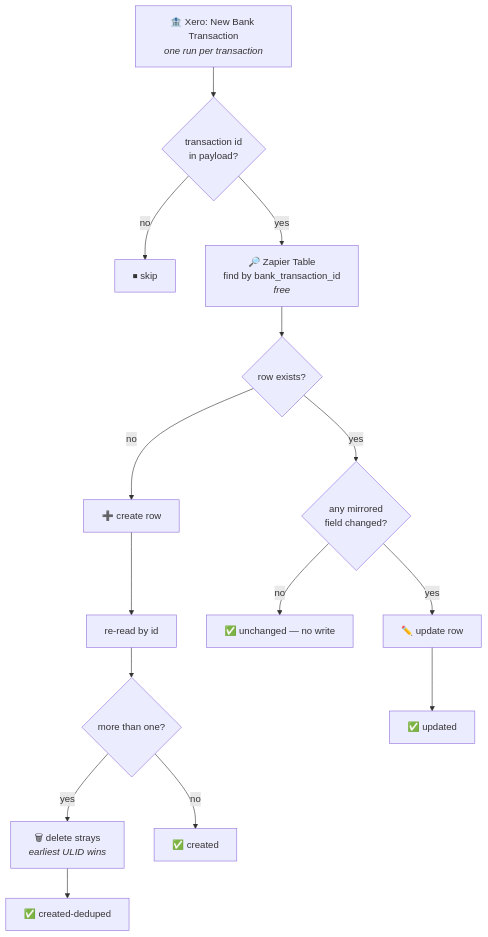
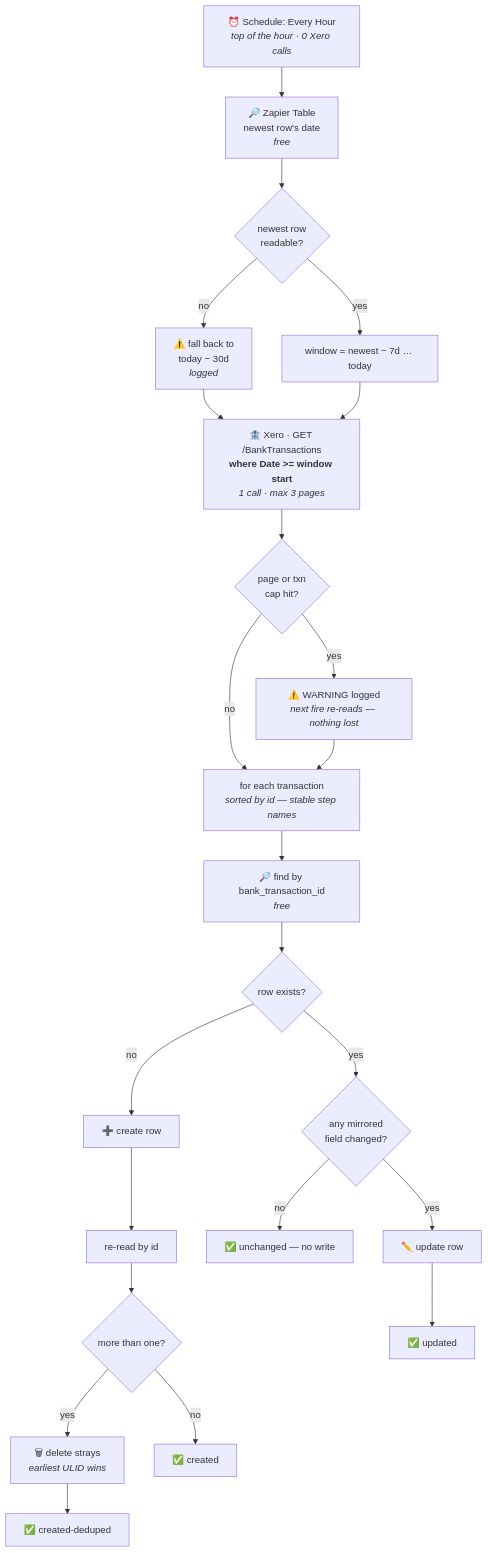
One commit to work-flowers/zapier-sdk changed the diagram in xero-bank-transactions-to-zapier-table/README.md. Above: the diagram before and after it, drawn with Mermaid. The commit also changed other lines of this file and 16 other files, not shown here.

````diff
--- a/xero-bank-transactions-to-zapier-table/README.md
+++ b/xero-bank-transactions-to-zapier-table/README.md
@@ -22,19 +31,28 @@
 ```mermaid
 flowchart TD
-    T["🏦 Xero: New Bank Transaction<br/><i>one run per transaction</i>"] --> E{"transaction id<br/>in payload?"}
-    E -- no --> X["⏹ skip"]
-    E -- yes --> F["🔎 Zapier Table<br/>find by bank_transaction_id<br/><i>free</i>"]
+    T["⏰ Schedule: Every Hour<br/><i>top of the hour · 0 Xero calls</i>"] --> L["🔎 Zapier Table<br/>newest row's date<br/><i>free</i>"]
+    L --> W{"newest row<br/>readable?"}
+    W -- no --> WB["⚠️ fall back to<br/>today − 30d<br/><i>logged</i>"]
+    W -- yes --> WA["window = newest − 7d … today"]
+    WB --> Q
+    WA --> Q
+    Q["🏦 Xero · GET /BankTransactions<br/><b>where Date >= window start</b><br/><i>1 call · max 3 pages</i>"]
+    Q --> CAP{"page or txn<br/>cap hit?"}
+    CAP -- yes --> WARN["⚠️ WARNING logged<br/><i>next fire re-reads — nothing lost</i>"]
+    CAP -- no --> LOOP
+    WARN --> LOOP
+    LOOP["for each transaction<br/><i>sorted by id — stable step names</i>"] --> F["🔎 find by bank_transaction_id<br/><i>free</i>"]
     F --> D{"row exists?"}
 
     D -- no --> C["➕ create row"]
     C --> RQ["re-read by id"]
     RQ --> R{"more than one?"}
     R -- yes --> DD["🗑 delete strays<br/><i>earliest ULID wins</i>"]
     R -- no --> OK1["✅ created"]
     DD --> OK2["✅ created-deduped"]
 
     D -- yes --> S{"any mirrored<br/>field changed?"}
     S -- no --> OK3["✅ unchanged — no write"]
     S -- yes --> U["✏️ update row"]
     U --> OK4["✅ updated"]
 ```
````
